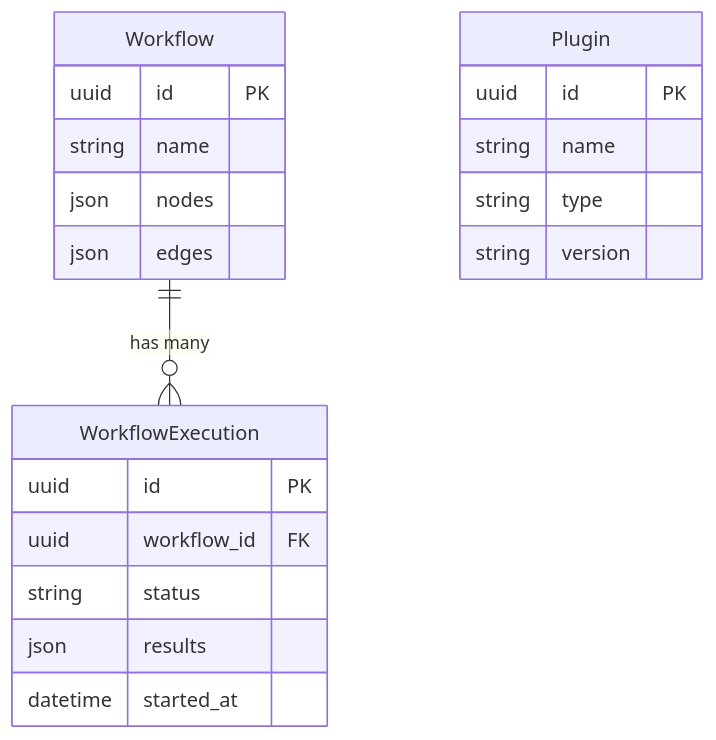
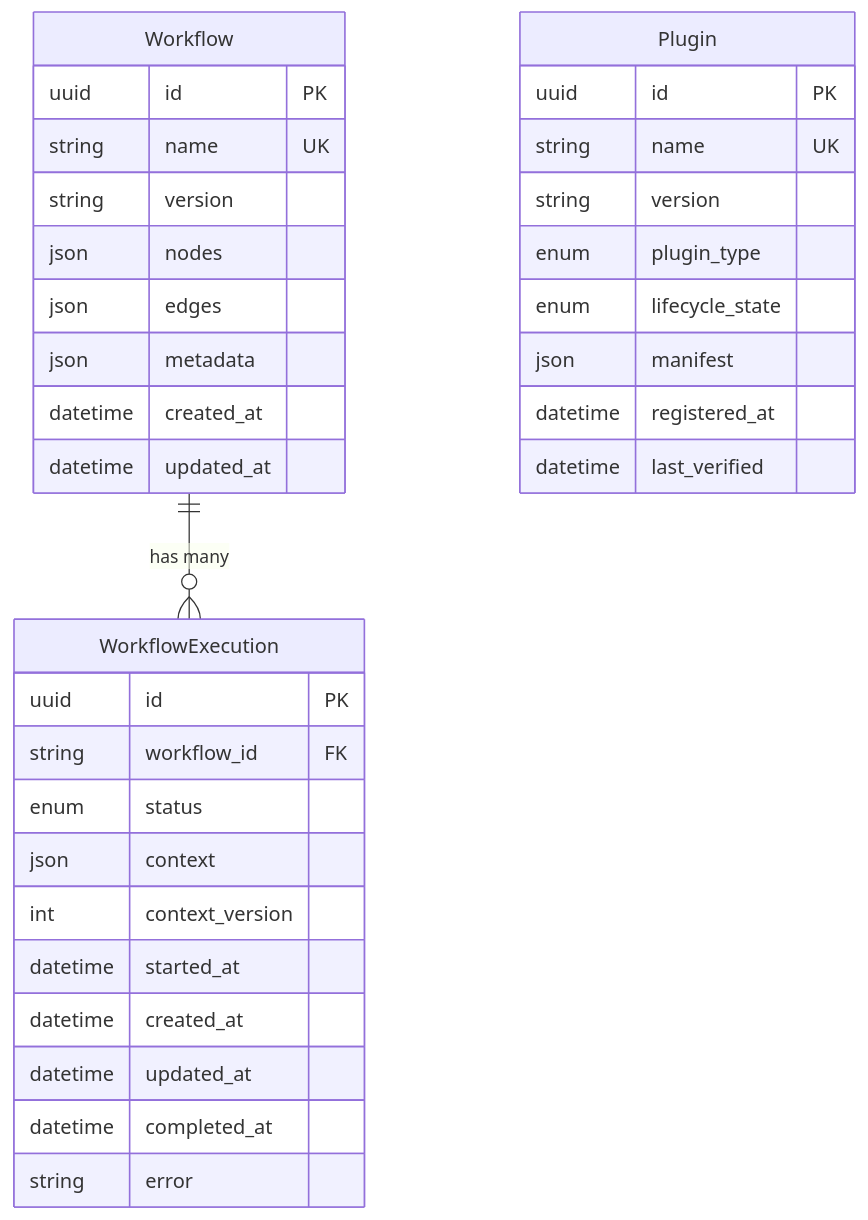
One commit to camercadop/agentic-workflow-automation-platform changed the diagram in src/models/README.md. Above: the diagram before and after it, drawn with Mermaid. The commit also changed other lines of this file and 8 other files, not shown here.

````diff
--- a/src/models/README.md
+++ b/src/models/README.md
@@ -15,23 +22,36 @@
 ```mermaid
 erDiagram
     Workflow ||--o{ WorkflowExecution : "has many"
     Workflow {
         uuid id PK
-        string name
+        string name UK
+        string version
         json nodes
         json edges
+        json metadata
+        datetime created_at
+        datetime updated_at
     }
     WorkflowExecution {
         uuid id PK
-        uuid workflow_id FK
-        string status
-        json results
+        string workflow_id FK
+        enum status
+        json context
+        int context_version
         datetime started_at
+        datetime created_at
+        datetime updated_at
+        datetime completed_at
+        string error
     }
     Plugin {
         uuid id PK
-        string name
-        string type
+        string name UK
         string version
+        enum plugin_type
+        enum lifecycle_state
+        json manifest
+        datetime registered_at
+        datetime last_verified
     }
 ```
````
